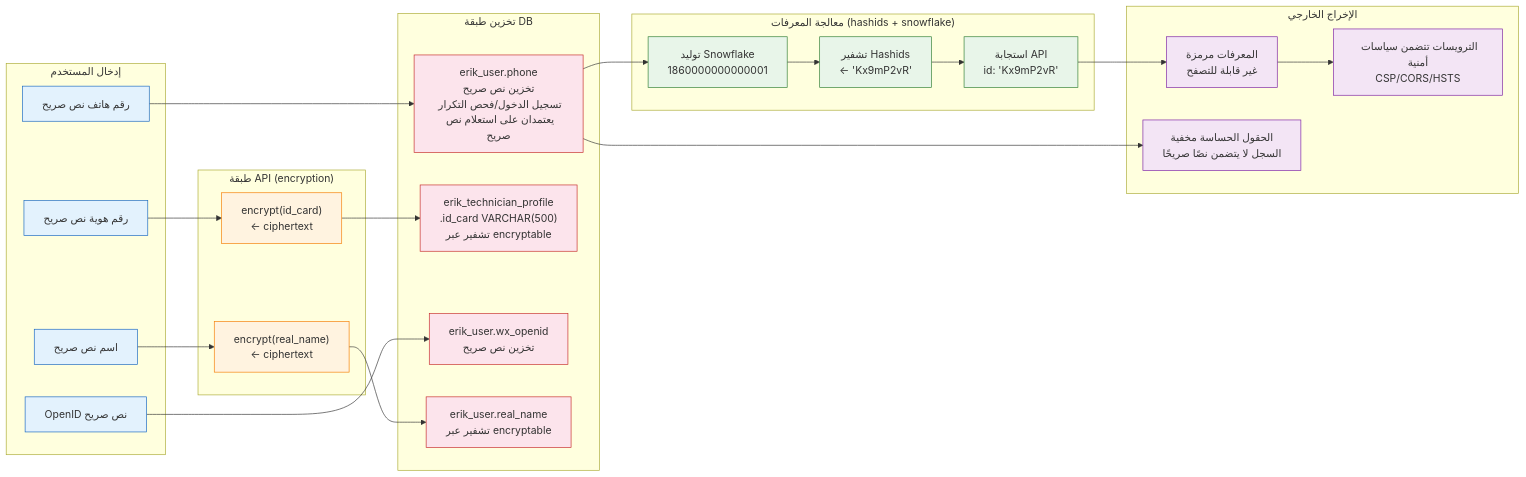
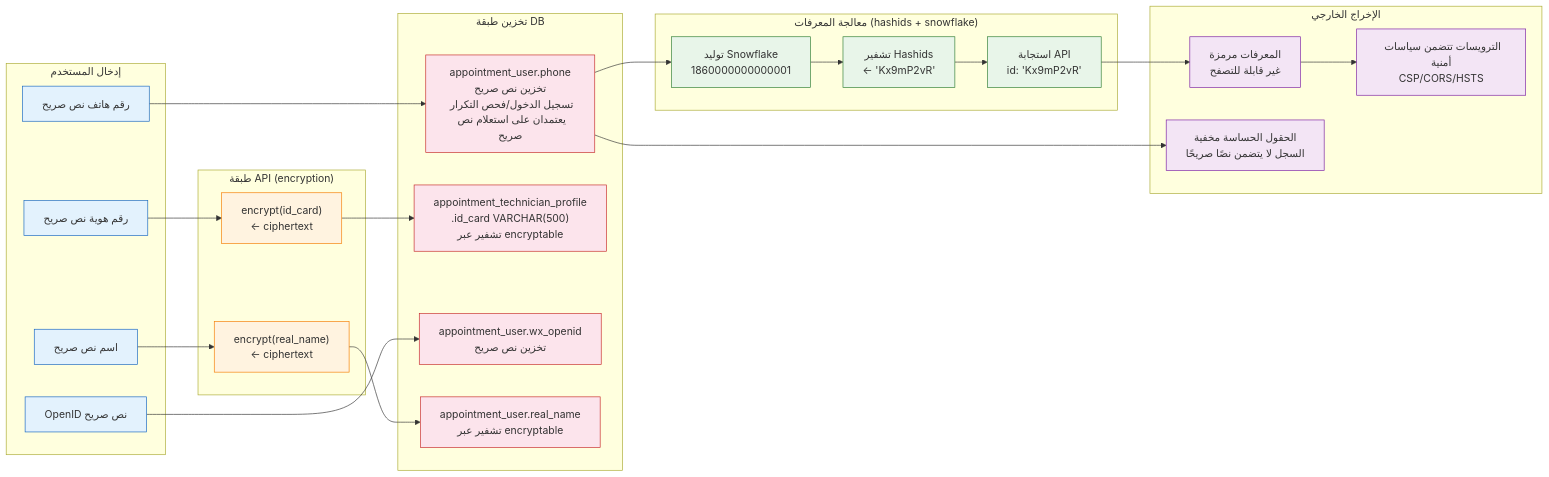
One commit to erikwang2013/appointment-php changed the fourth of 4 diagrams in docs/ar/diagrams/SECURITY-ARCHITECTURE.md. Above: the diagram before and after it, drawn with Mermaid. The commit also changed 363 other files, not shown here.

````diff
--- a/docs/ar/diagrams/SECURITY-ARCHITECTURE.md
+++ b/docs/ar/diagrams/SECURITY-ARCHITECTURE.md
@@ -177,54 +177,54 @@
 ```mermaid
 flowchart LR
     subgraph 输入["إدخال المستخدم"]
         I1["رقم هاتف نص صريح"]
         I2["رقم هوية نص صريح"]
         I3["OpenID نص صريح"]
         I4["اسم نص صريح"]
     end
 
     subgraph API加密["طبقة API (encryption)"]
         E1["encrypt(id_card)<br/>← ciphertext"]
         E2["encrypt(real_name)<br/>← ciphertext"]
     end
 
     subgraph DB存储["تخزين طبقة DB"]
-        D1["erik_user.phone<br/>تخزين نص صريح<br/>تسجيل الدخول/فحص التكرار يعتمدان على استعلام نص صريح"]
-        D2["erik_technician_profile<br/>.id_card VARCHAR(500)<br/>تشفير عبر encryptable"]
-        D3["erik_user.wx_openid<br/>تخزين نص صريح"]
-        D4["erik_user.real_name<br/>تشفير عبر encryptable"]
+        D1["appointment_user.phone<br/>تخزين نص صريح<br/>تسجيل الدخول/فحص التكرار يعتمدان على استعلام نص صريح"]
+        D2["appointment_technician_profile<br/>.id_card VARCHAR(500)<br/>تشفير عبر encryptable"]
+        D3["appointment_user.wx_openid<br/>تخزين نص صريح"]
+        D4["appointment_user.real_name<br/>تشفير عبر encryptable"]
     end
 
     subgraph ID处理["معالجة المعرفات (hashids + snowflake)"]
         H1["توليد Snowflake<br/>1860000000000001"]
         H2["تشفير Hashids<br/>← 'Kx9mP2vR'"]
         H3["استجابة API<br/>id: 'Kx9mP2vR'"]
     end
 
     subgraph 输出["الإخراج الخارجي"]
         O1["المعرفات مرمزة<br/>غير قابلة للتصفح"]
         O2["الحقول الحساسة مخفية<br/>السجل لا يتضمن نصًا صريحًا"]
         O3["الترويسات تتضمن سياسات أمنية<br/>CSP/CORS/HSTS"]
     end
 
     I1 --> D1
     I2 --> E1 --> D2
     I3 --> D3
     I4 --> E2 --> D4
     D1 --> H1 --> H2 --> H3
     H3 --> O1
     D1 --> O2
     O1 --> O3
 
     classDef input fill:#e3f2fd,stroke:#1565c0,color:#333
     classDef encrypt fill:#fff3e0,stroke:#f57c00,color:#333
     classDef db fill:#fce4ec,stroke:#c62828,color:#333
     classDef id fill:#e8f5e9,stroke:#2e7d32,color:#333
     classDef output fill:#f3e5f5,stroke:#7b1fa2,color:#333
 
     class I1,I2,I3,I4 input
     class E1,E2 encrypt
     class D1,D2,D3,D4 db
     class H1,H2,H3 id
     class O1,O2,O3 output
 ```
````
